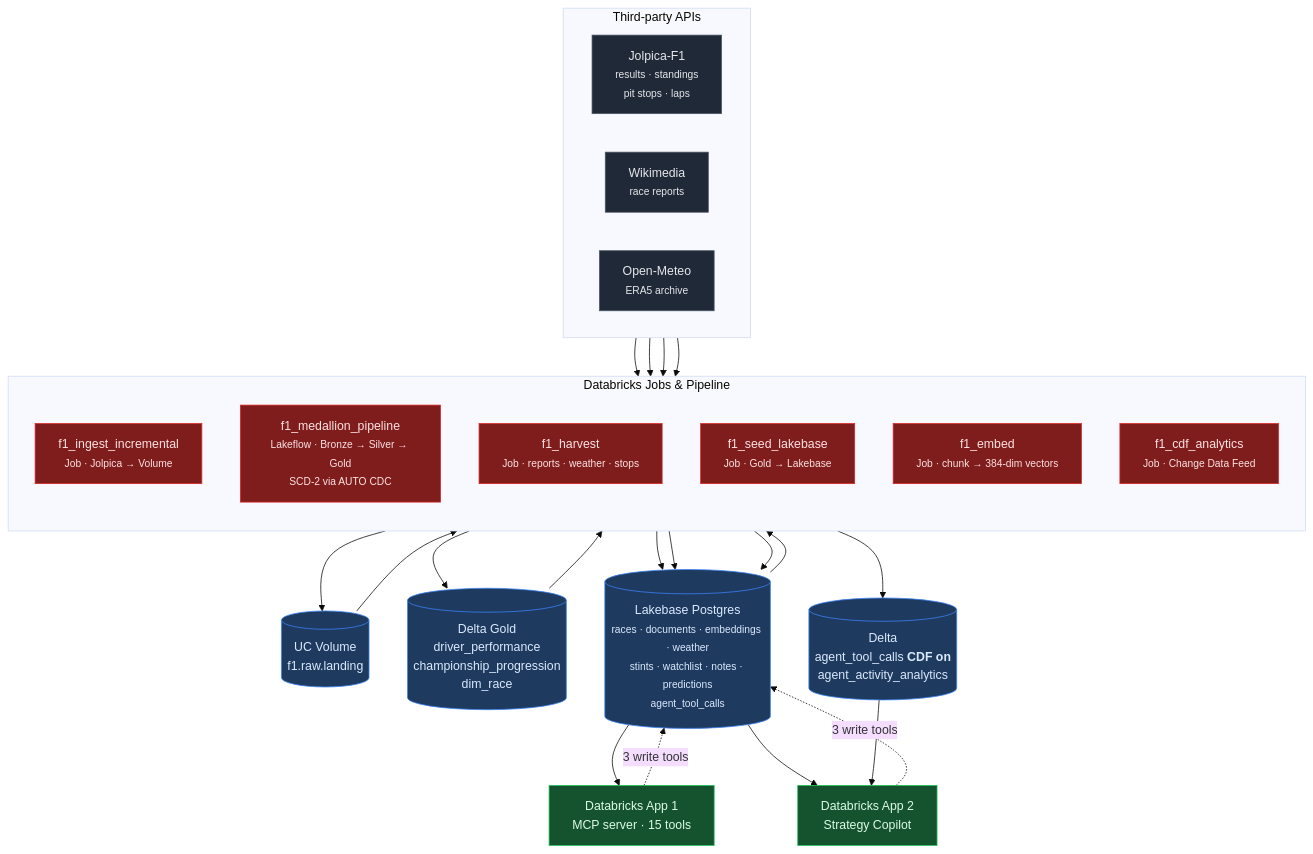
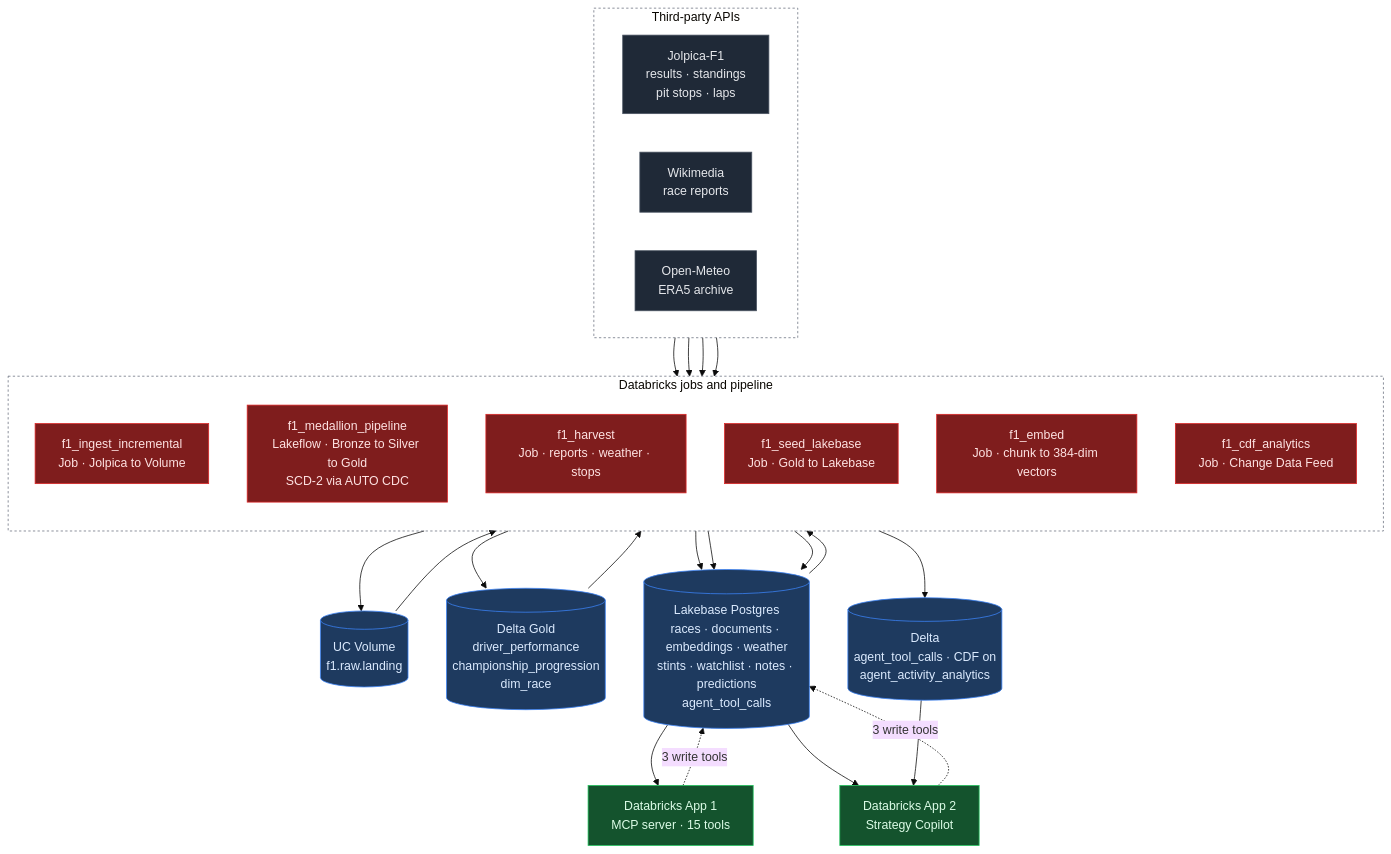
Before and after one commit to abhibastia/f1-strategy-copilot: the diagram in README.md, drawn with Mermaid (base theme). The commit also changed 1 other file, not shown here.

Commit message:
Make the architecture diagrams render outside a local previewer
Both diagrams are valid mermaid and render under mermaid-cli, which is
how they were checked when written. GitHub is stricter: it renders with
htmlLabels disabled, and the README diagram leaned on <small> and <b> for
the secondary lines in every node label. Verified by rendering with
htmlLabels:false - the tags survive as literal text, ten of them, so the
boxes read "<small>results · standings".

Removed all HTML except <br/>, which is the one tag GitHub supports.
Replaced the &amp; entity in a subgraph title with the word, and the
unicode arrows inside labels with "to" - both parse, neither is worth the
risk of a renderer that treats them differently.

Subgraph containers are now transparent with a dashed border. The mermaid
default is a pale yellow that fights the node colours and, being a fixed
fill, looks wrong against whichever GitHub theme the reader is using.

Re-verified: both render with htmlLabels:false and securityLevel:strict,
with zero literal tags in the output.

````diff
--- a/README.md
+++ b/README.md
@@ -70,50 +70,53 @@
 ```mermaid
 flowchart TD
-    subgraph SRC[" Third-party APIs "]
+    subgraph SRC["Third-party APIs"]
         direction LR
-        J["Jolpica-F1<br/><small>results · standings<br/>pit stops · laps</small>"]
-        W["Wikimedia<br/><small>race reports</small>"]
-        O["Open-Meteo<br/><small>ERA5 archive</small>"]
+        J["Jolpica-F1<br/>results · standings<br/>pit stops · laps"]
+        W["Wikimedia<br/>race reports"]
+        O["Open-Meteo<br/>ERA5 archive"]
     end
 
-    subgraph DBX[" Databricks Jobs &amp; Pipeline "]
+    subgraph DBX["Databricks jobs and pipeline"]
         direction TB
-        ING["f1_ingest_incremental<br/><small>Job · Jolpica → Volume</small>"]
-        MED["f1_medallion_pipeline<br/><small>Lakeflow · Bronze → Silver → Gold<br/>SCD-2 via AUTO CDC</small>"]
-        HAR["f1_harvest<br/><small>Job · reports · weather · stops</small>"]
-        SEED["f1_seed_lakebase<br/><small>Job · Gold → Lakebase</small>"]
-        EMB["f1_embed<br/><small>Job · chunk → 384-dim vectors</small>"]
-        CDF["f1_cdf_analytics<br/><small>Job · Change Data Feed</small>"]
+        ING["f1_ingest_incremental<br/>Job · Jolpica to Volume"]
+        MED["f1_medallion_pipeline<br/>Lakeflow · Bronze to Silver to Gold<br/>SCD-2 via AUTO CDC"]
+        HAR["f1_harvest<br/>Job · reports · weather · stops"]
+        SEED["f1_seed_lakebase<br/>Job · Gold to Lakebase"]
+        EMB["f1_embed<br/>Job · chunk to 384-dim vectors"]
+        CDF["f1_cdf_analytics<br/>Job · Change Data Feed"]
     end
 
     J --> ING --> VOL[("UC Volume<br/>f1.raw.landing")] --> MED
     MED --> GOLD[("Delta Gold<br/>driver_performance<br/>championship_progression<br/>dim_race")]
 
     W --> HAR
     O --> HAR
     J --> HAR
     GOLD --> SEED
 
     HAR --> LB
     SEED --> LB
     EMB --> LB
 
-    LB[("Lakebase Postgres<br/><small>races · documents · embeddings · weather<br/>stints · watchlist · notes · predictions<br/>agent_tool_calls</small>")]
+    LB[("Lakebase Postgres<br/>races · documents · embeddings · weather<br/>stints · watchlist · notes · predictions<br/>agent_tool_calls")]
 
     LB --> MCP["Databricks App 1<br/>MCP server · 15 tools"]
     LB --> UI["Databricks App 2<br/>Strategy Copilot"]
     UI -. "3 write tools" .-> LB
     MCP -. "3 write tools" .-> LB
 
-    LB --> CDF --> DELTA[("Delta<br/>agent_tool_calls <b>CDF on</b><br/>agent_activity_analytics")]
+    LB --> CDF --> DELTA[("Delta<br/>agent_tool_calls · CDF on<br/>agent_activity_analytics")]
     DELTA --> UI
+
+    style SRC fill:transparent,stroke:#6b7280,stroke-dasharray:3 3
+    style DBX fill:transparent,stroke:#6b7280,stroke-dasharray:3 3
 
     classDef api fill:#1f2937,stroke:#4b5563,color:#e5e7eb
     classDef job fill:#7f1d1d,stroke:#dc2626,color:#fee2e2
     classDef store fill:#1e3a5f,stroke:#3b82f6,color:#dbeafe
     classDef app fill:#14532d,stroke:#22c55e,color:#dcfce7
     class J,W,O api
     class ING,MED,HAR,SEED,EMB,CDF job
     class VOL,GOLD,LB,DELTA store
     class MCP,UI app
 ```
````
